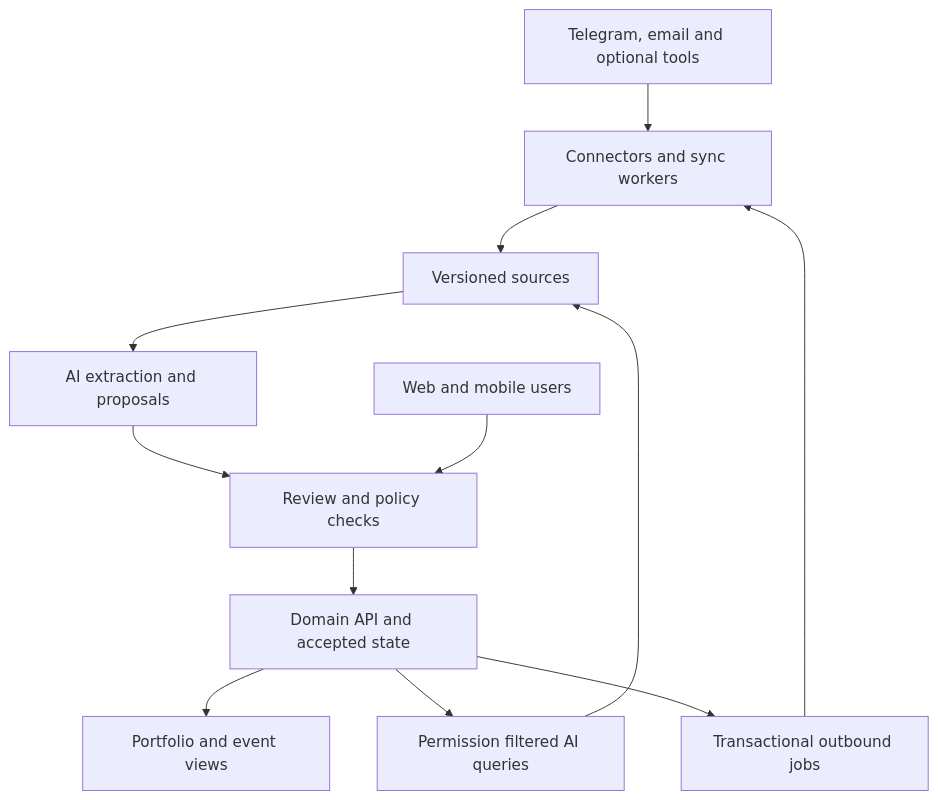
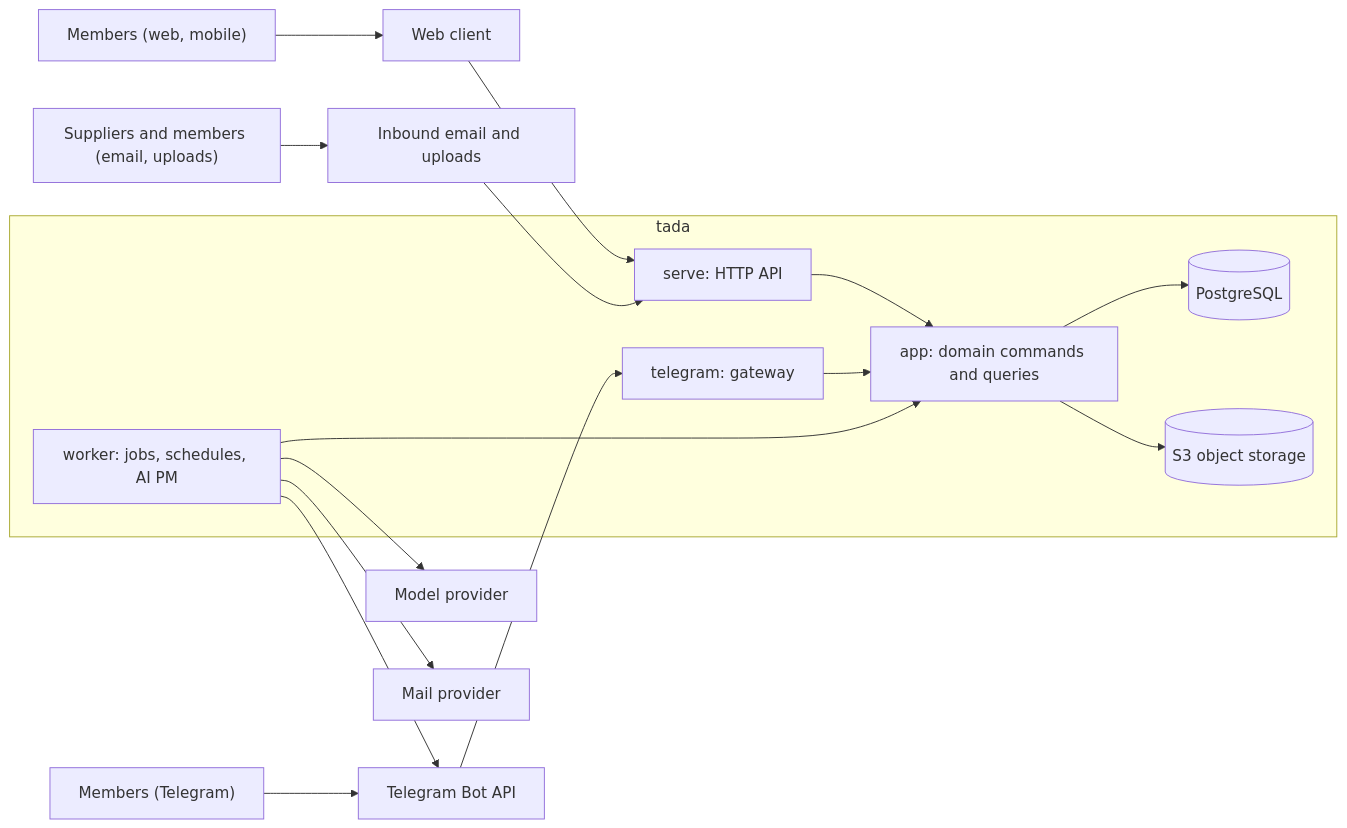
Before and after one commit to zarubaf/tada: the diagram in doc/ARCHITECTURE.md, drawn with Mermaid. The commit also changed other lines of this file, not shown here.

First line of the commit message:
docs: reduce ARCHITECTURE.md to the current overview

````diff
--- a/doc/ARCHITECTURE.md
+++ b/doc/ARCHITECTURE.md
@@ -47,14 +10,23 @@
 ```mermaid
-flowchart TD
-  M["Telegram, email and optional tools"] --> C["Connectors and sync workers"]
-  C --> S["Versioned sources"]
-  S --> A["AI extraction and proposals"]
-  A --> R["Review and policy checks"]
-  U["Web and mobile users"] --> R
-  R --> D["Domain API and accepted state"]
-  D --> P["Portfolio and event views"]
-  D --> Q["Permission filtered AI queries"]
-  Q --> S
-  D --> O["Transactional outbound jobs"]
-  O --> C
+flowchart LR
+  M["Members (web, mobile)"] --> W["Web client"]
+  T["Members (Telegram)"] --> TG["Telegram Bot API"]
+  E["Suppliers and members (email, uploads)"] --> IN["Inbound email and uploads"]
+  W --> API
+  TG --> GW
+  IN --> API
+  subgraph tada
+    API["serve: HTTP API"]
+    GW["telegram: gateway"]
+    WK["worker: jobs, schedules, AI PM"]
+    APP["app: domain commands and queries"]
+    API --> APP
+    GW --> APP
+    WK --> APP
+    APP --> DB[("PostgreSQL")]
+    APP --> OBJ[("S3 object storage")]
+  end
+  WK --> LLM["Model provider"]
+  WK --> MAIL["Mail provider"]
+  WK --> TG
 ```
````
